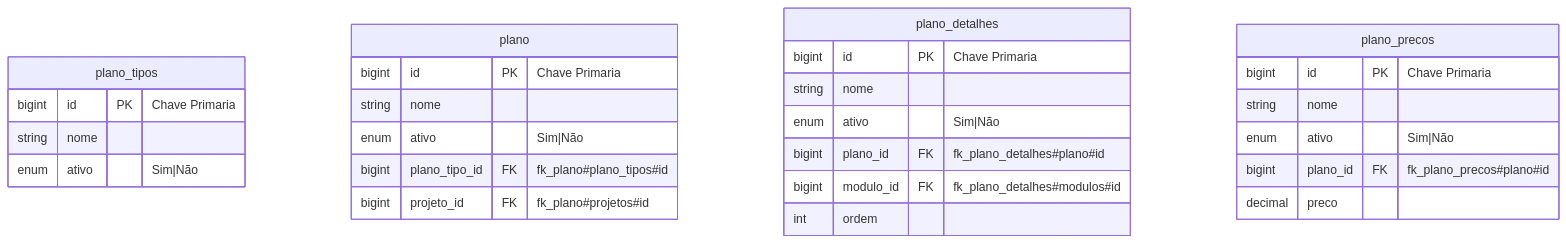
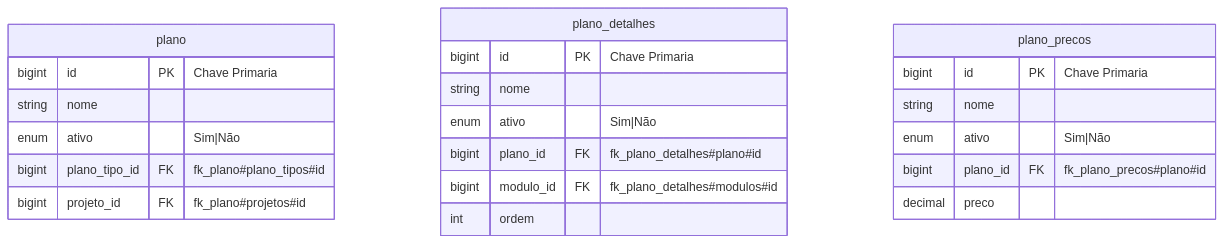
One commit to o-novo-dev/projeto-sistema changed the sixth of 8 diagrams in doc/modulo/laboratório.md. Above: the diagram before and after it, drawn with Mermaid. The commit also changed other lines of this file, not shown here.

Commit message:
fazendo relacionamento mermaid

````diff
--- a/doc/modulo/laboratório.md
+++ b/doc/modulo/laboratório.md
@@ -84,30 +126,25 @@
 ```mermaid
 erDiagram
-  plano_tipos {
-    bigint id PK "Chave Primaria"
-    string nome
-    enum ativo "Sim|Não"
-  }
   plano {
     bigint id PK "Chave Primaria"
     string nome
     enum ativo "Sim|Não"
     bigint plano_tipo_id FK "fk_plano#plano_tipos#id"
     bigint projeto_id FK "fk_plano#projetos#id"
   }
   plano_detalhes {
     bigint id PK "Chave Primaria"
     string nome
     enum ativo "Sim|Não"
     bigint plano_id FK "fk_plano_detalhes#plano#id"
     bigint modulo_id FK "fk_plano_detalhes#modulos#id"
     int ordem
   }
   plano_precos {
     bigint id PK "Chave Primaria"
     string nome
     enum ativo "Sim|Não"
     bigint plano_id FK "fk_plano_precos#plano#id"
     decimal preco
   }
 ```
````
